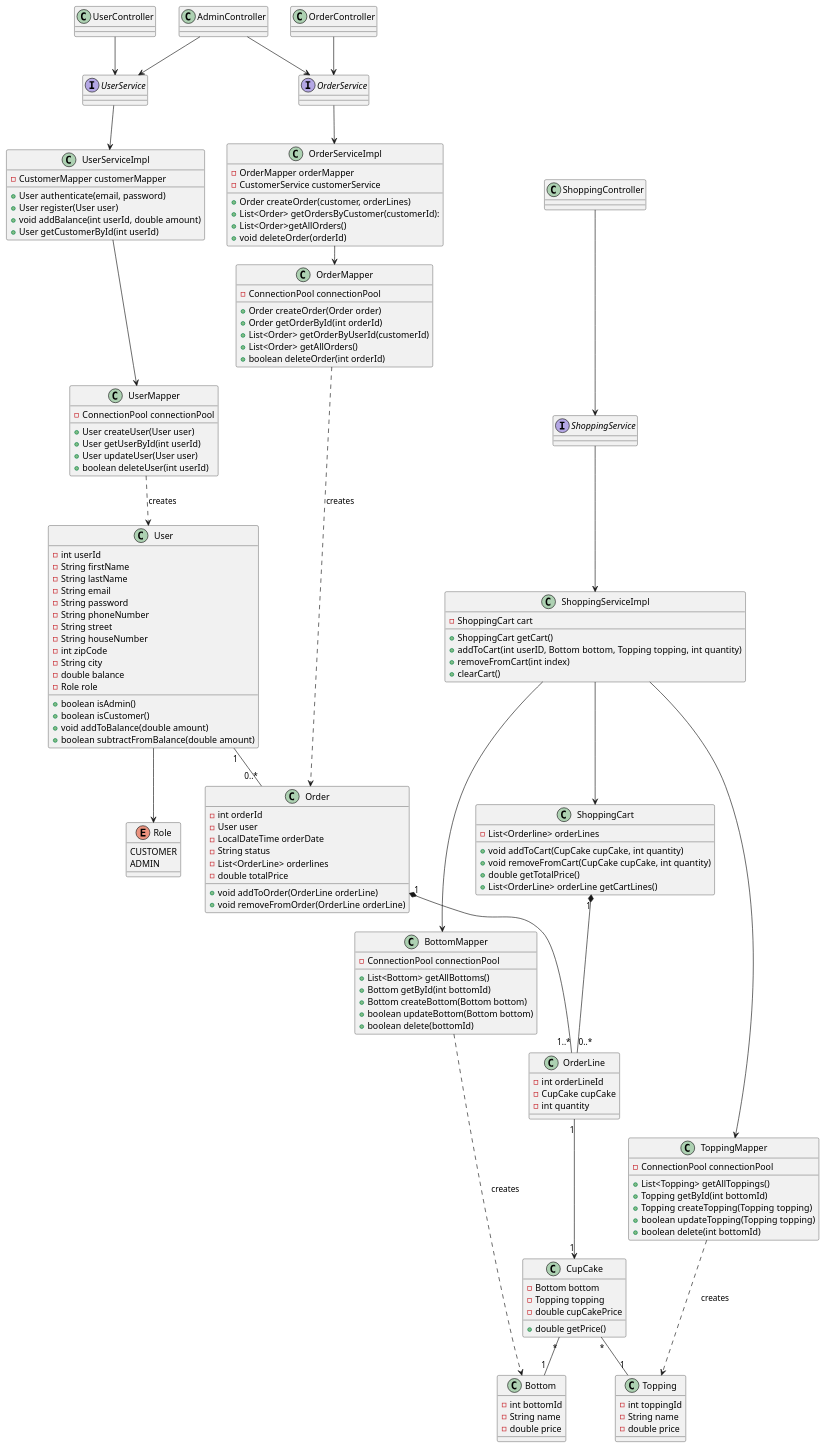
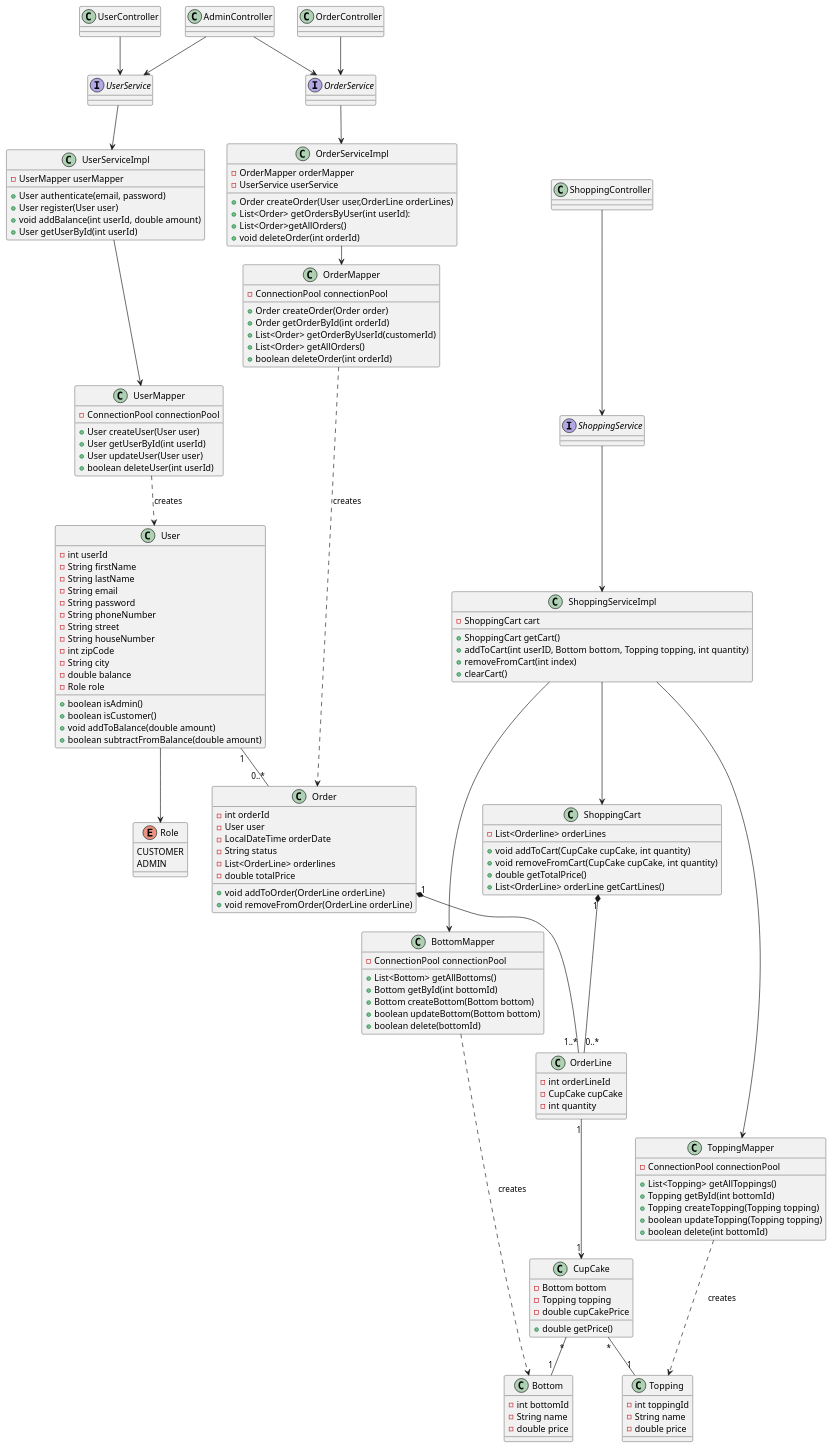
One commit to Mortenjenne/CupCake changed the diagram in docs/domain/class diagram v1.puml. Above: the diagram before and after it, drawn with PlantUML. The commit also changed 1 other file, not shown here.

Commit message:
updated domain and class diagram

```diff
--- a/docs/domain/class diagram v1.puml
+++ b/docs/domain/class diagram v1.puml
@@ -1,189 +1,189 @@
 @startuml
 'https://plantuml.com/class-diagram
 
 Enum Role
 {
 CUSTOMER
 ADMIN
 }
 
 class User
 {
 - int userId
 - String firstName
 - String lastName
 - String email
 - String password
 - String phoneNumber
 - String street
 - String houseNumber
 - int zipCode
 - String city
 - double balance
 - Role role
 
 + boolean isAdmin()
 + boolean isCustomer()
 + void addToBalance(double amount)
 + boolean subtractFromBalance(double amount)
 }
 
 class CupCake
 {
 - Bottom bottom
 - Topping topping
 - double cupCakePrice
 + double getPrice()
 }
 
 class Bottom
 {
 - int bottomId
 - String name
 - double price
 }
 
 class Topping
 {
 - int toppingId
 - String name
 - double price
 }
 
 class Order
 {
 - int orderId
 - User user
 - LocalDateTime orderDate
 - String status
 - List<OrderLine> orderlines
 - double totalPrice
 
 + void addToOrder(OrderLine orderLine)
 + void removeFromOrder(OrderLine orderLine)
 }
 
 class OrderLine
 {
 - int orderLineId
 - CupCake cupCake
 - int quantity
 }
 
 class ShoppingCart
 {
 - List<Orderline> orderLines
 + void addToCart(CupCake cupCake, int quantity)
 + void removeFromCart(CupCake cupCake, int quantity)
 + double getTotalPrice()
 + List<OrderLine> orderLine getCartLines()
 }
 
 interface UserService
 interface ShoppingService
 interface OrderService
 
 class UserServiceImpl
 {
-- CustomerMapper customerMapper
+- UserMapper userMapper
 + User authenticate(email, password)
 + User register(User user)
 + void addBalance(int userId, double amount)
-+ User getCustomerById(int userId)
++ User getUserById(int userId)
 }
 
 class OrderServiceImpl
 {
 -OrderMapper orderMapper
--CustomerService customerService
- + Order createOrder(customer, orderLines)
- + List<Order> getOrdersByCustomer(customerId):
+-UserService userService
+ + Order createOrder(User user,OrderLine orderLines)
+ + List<Order> getOrdersByUser(int userId):
  + List<Order>getAllOrders()
- + void deleteOrder(orderId)
+ + void deleteOrder(int orderId)
 
 }
 
 class ShoppingServiceImpl
 {
  - ShoppingCart cart
  + ShoppingCart getCart()
  + addToCart(int userID, Bottom bottom, Topping topping, int quantity)
  + removeFromCart(int index)
  + clearCart()
 }
 
 
 class UserMapper
 {
 -ConnectionPool connectionPool
 + User createUser(User user)
 + User getUserById(int userId)
 + User updateUser(User user)
 + boolean deleteUser(int userId)
 }
 
 class BottomMapper
 {
 - ConnectionPool connectionPool
 + List<Bottom> getAllBottoms()
 + Bottom getById(int bottomId)
 + Bottom createBottom(Bottom bottom)
 + boolean updateBottom(Bottom bottom)
 + boolean delete(bottomId)
 }
 
 class ToppingMapper
 {
 - ConnectionPool connectionPool
 + List<Topping> getAllToppings()
 + Topping getById(int bottomId)
 + Topping createTopping(Topping topping)
 + boolean updateTopping(Topping topping)
 + boolean delete(int bottomId)
 }
 
 class OrderMapper
 {
 - ConnectionPool connectionPool
 + Order createOrder(Order order)
 + Order getOrderById(int orderId)
 + List<Order> getOrderByUserId(customerId)
 + List<Order> getAllOrders()
 + boolean deleteOrder(int orderId)
 }
 
 
 class UserController
 class ShoppingController
 class OrderController
 class AdminController
 
 UserController --> UserService
 ShoppingController --> ShoppingService
 OrderController --> OrderService
 AdminController --> OrderService
 AdminController --> UserService
 
 UserService --> UserServiceImpl
 ShoppingService --> ShoppingServiceImpl
 OrderService --> OrderServiceImpl
 
 UserServiceImpl --> UserMapper
 ShoppingServiceImpl --> BottomMapper
 ShoppingServiceImpl --> ToppingMapper
 ShoppingServiceImpl --> ShoppingCart
 OrderServiceImpl -> OrderMapper
 
 UserMapper ..> User : creates
 OrderMapper ..> Order : creates
 BottomMapper ..> Bottom : creates
 ToppingMapper ..> Topping : creates
 
 User "1" -- "0..*" Order
 User --> Role
 Order "1" *-- "1..*" OrderLine
 CupCake "*" -- "1" Bottom
 CupCake "*" -- "1" Topping
 ShoppingCart "1" *-- "0..*" OrderLine
 OrderLine "1" --> "1" CupCake
 @enduml
```
